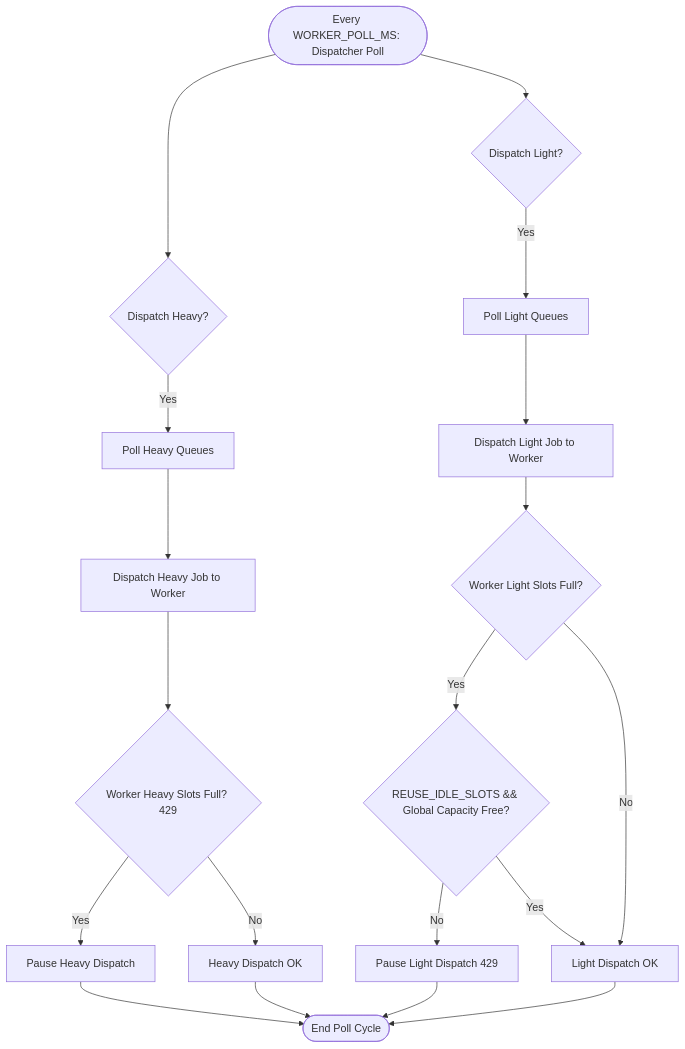
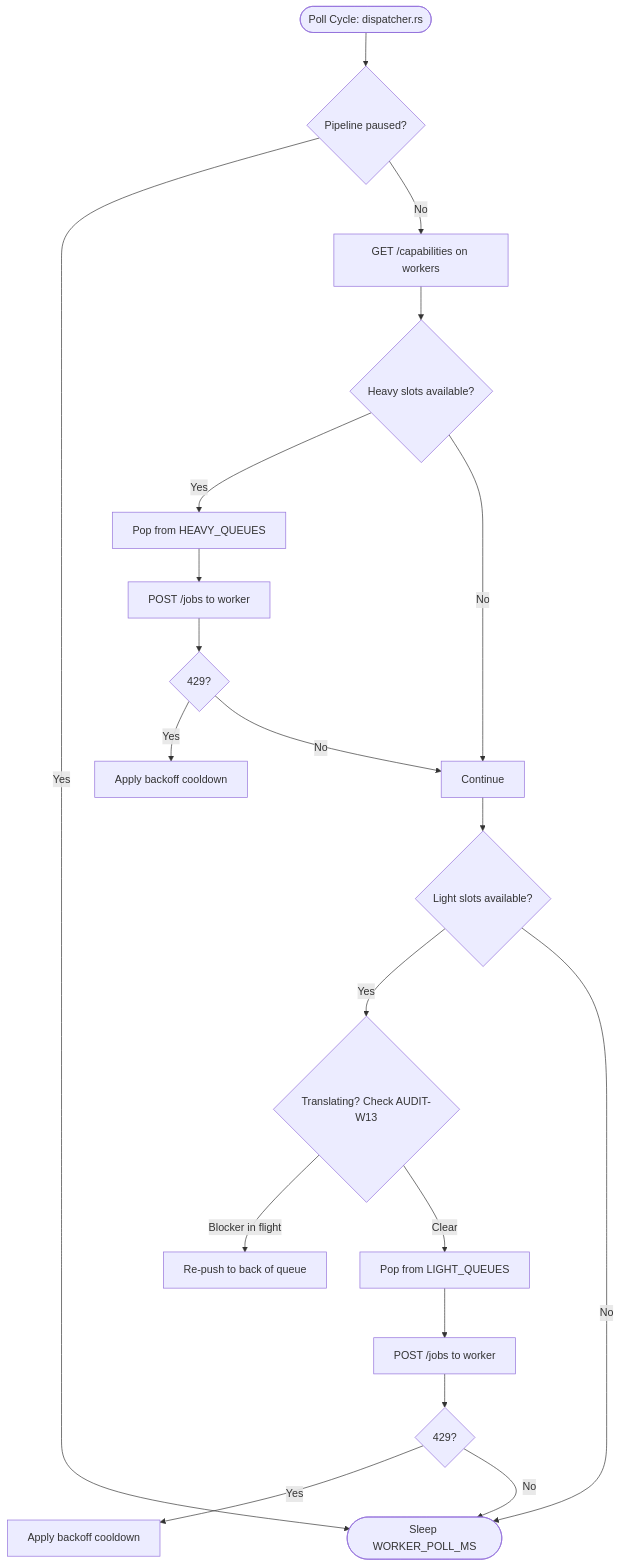
The diagram in docs/reference/slot_allocation.md (sagniKdas53/manga-tl), drawn with Mermaid before and after one commit. The commit also changed other lines of this file and 34 other files, not shown here.

````diff
--- a/docs/reference/slot_allocation.md
+++ b/docs/reference/slot_allocation.md
@@ -61,23 +45,23 @@
 ```mermaid
 graph TD
-    Start([Every WORKER_POLL_MS: Dispatcher Poll]) --> DispatchHeavy{Dispatch Heavy?}
-    DispatchHeavy -->|Yes| PollHeavy[Poll Heavy Queues]
-    PollHeavy --> SendHeavy[Dispatch Heavy Job to Worker]
-    SendHeavy --> WorkerHeavyCheck{Worker Heavy Slots Full? 429}
-    WorkerHeavyCheck -->|Yes| BlockHeavy[Pause Heavy Dispatch]
-    WorkerHeavyCheck -->|No| SuccessHeavy[Heavy Dispatch OK]
+    Start([Poll Cycle: dispatcher.rs]) --> CheckPause{Pipeline paused?}
+    CheckPause -->|Yes| End([Sleep WORKER_POLL_MS])
+    CheckPause -->|No| ProbeCap[GET /capabilities on workers]
+    ProbeCap --> CheckHeavy{Heavy slots available?}
+    CheckHeavy -->|Yes| PopHeavy[Pop from HEAVY_QUEUES]
+    PopHeavy --> PostHeavy[POST /jobs to worker]
+    PostHeavy --> Check429H{429?}
+    Check429H -->|Yes| CooldownH[Apply backoff cooldown]
+    Check429H -->|No| NextStep[Continue]
+    CheckHeavy -->|No| NextStep
 
-    Start --> DispatchLight{Dispatch Light?}
-    DispatchLight -->|Yes| PollLight[Poll Light Queues]
-    PollLight --> SendLight[Dispatch Light Job to Worker]
-    SendLight --> WorkerLightCheck{Worker Light Slots Full?}
-    WorkerLightCheck -->|Yes| OverflowCheck{REUSE_IDLE_SLOTS && Global Capacity Free?}
-    OverflowCheck -->|Yes| SuccessLight[Accept as Overflow]
-    OverflowCheck -->|No| BlockLight[Pause Light Dispatch 429]
-    WorkerLightCheck -->|No| SuccessLight[Light Dispatch OK]
-
-    BlockHeavy --> End([End Poll Cycle])
-    SuccessHeavy --> End
-    BlockLight --> End
-    SuccessLight --> End
+    NextStep --> CheckLight{Light slots available?}
+    CheckLight -->|Yes| CheckSeq{Translating? Check AUDIT-W13}
+    CheckSeq -->|Blocker in flight| Repush[Re-push to back of queue]
+    CheckSeq -->|Clear| PopLight[Pop from LIGHT_QUEUES]
+    PopLight --> PostLight[POST /jobs to worker]
+    PostLight --> Check429L{429?}
+    Check429L -->|Yes| CooldownL[Apply backoff cooldown]
+    Check429L -->|No| End
+    CheckLight -->|No| End
 ```
````
